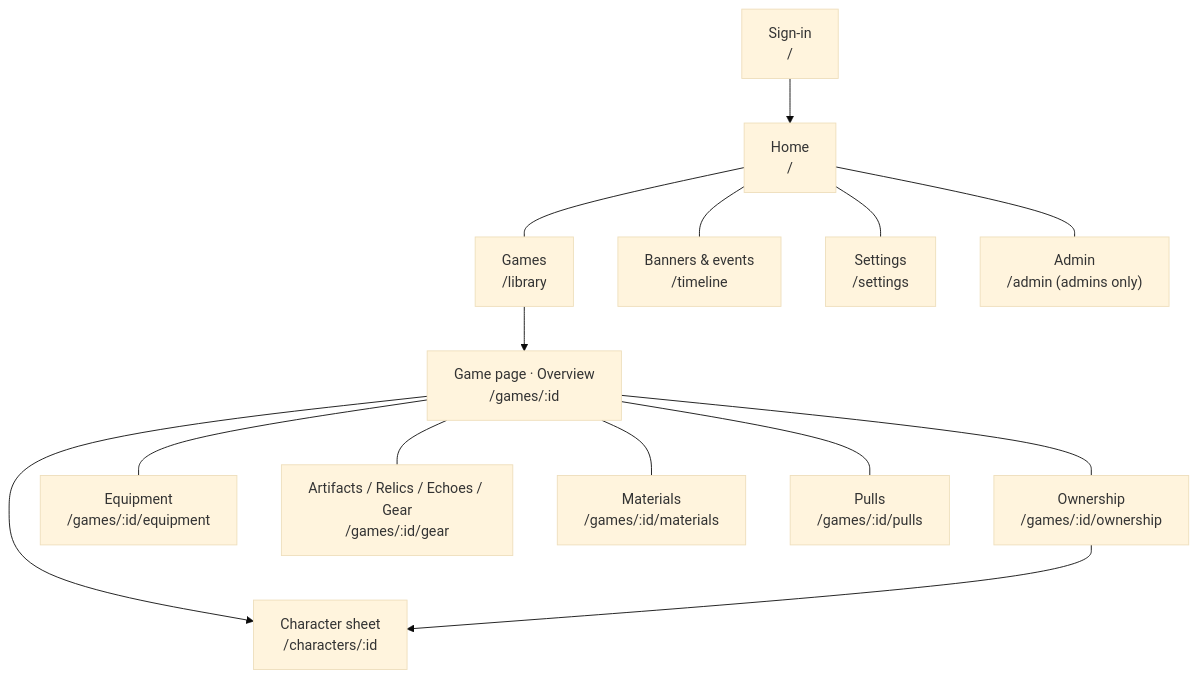
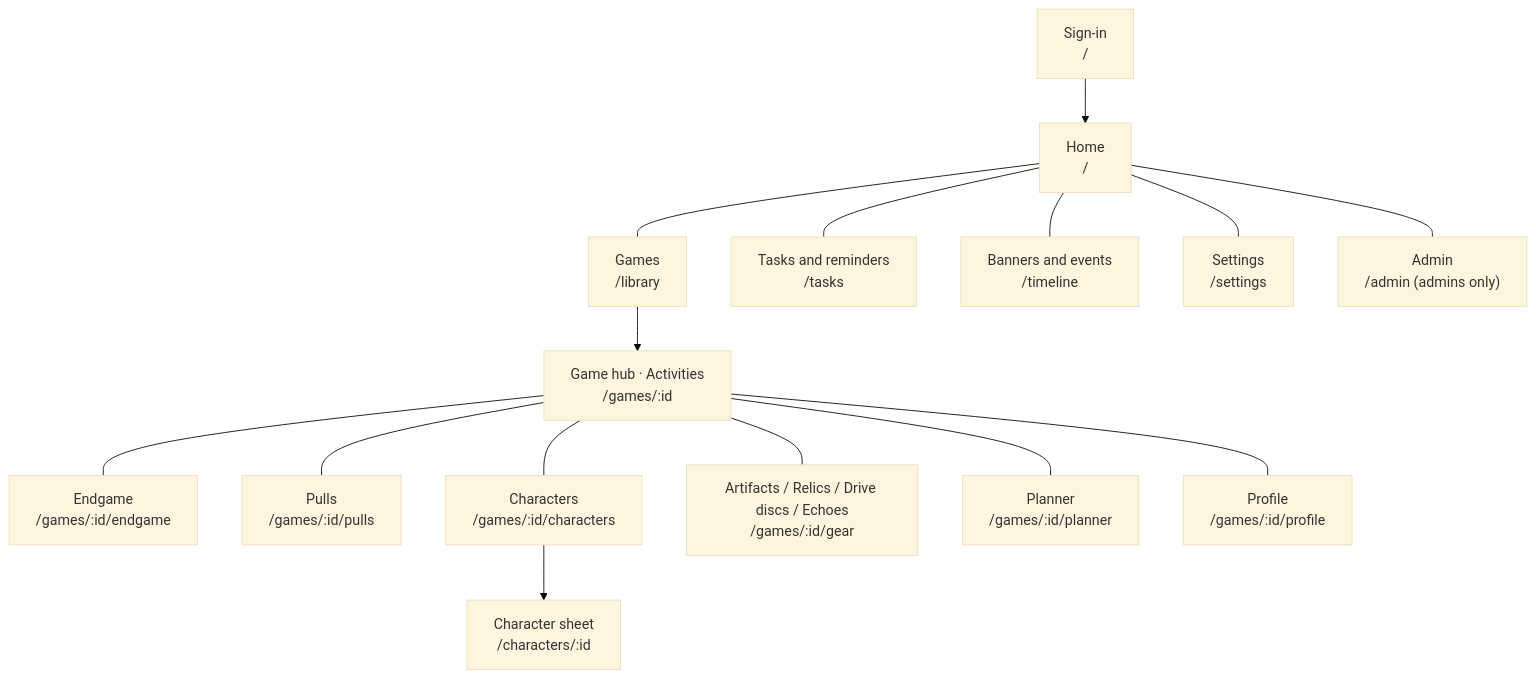
The sixth of 6 diagrams in docs/PROJECT-GUIDE.md (adam-riffi/gacha-hub), drawn with Mermaid (base theme) before and after one commit. The commit also changed other lines of this file and 34 other files, not shown here.

````diff
--- a/docs/PROJECT-GUIDE.md
+++ b/docs/PROJECT-GUIDE.md
@@ -250,16 +250,17 @@
 ```mermaid
 flowchart TB
   L["Sign-in<br/>/"] --> H["Home<br/>/"]
   H --- G["Games<br/>/library"]
-  H --- C["Banners & events<br/>/timeline"]
+  H --- T["Tasks and reminders<br/>/tasks"]
+  H --- C["Banners and events<br/>/timeline"]
   H --- S["Settings<br/>/settings"]
   H --- AD["Admin<br/>/admin (admins only)"]
-  G --> O["Game page · Overview<br/>/games/:id"]
-  O --- OW["Ownership<br/>/games/:id/ownership"]
-  O --- EQ["Equipment<br/>/games/:id/equipment"]
-  O --- GR["Artifacts / Relics / Echoes / Gear<br/>/games/:id/gear"]
-  O --- MA["Materials<br/>/games/:id/materials"]
-  O --- PU["Pulls<br/>/games/:id/pulls"]
-  O --> CH["Character sheet<br/>/characters/:id"]
-  OW --> CH
+  G --> A["Game hub · Activities<br/>/games/:id"]
+  A --- EG["Endgame<br/>/games/:id/endgame"]
+  A --- PU["Pulls<br/>/games/:id/pulls"]
+  A --- CH["Characters<br/>/games/:id/characters"]
+  A --- GR["Artifacts / Relics / Drive discs / Echoes<br/>/games/:id/gear"]
+  A --- PL["Planner<br/>/games/:id/planner"]
+  A --- PR["Profile<br/>/games/:id/profile"]
+  CH --> SH["Character sheet<br/>/characters/:id"]
 ```
````
